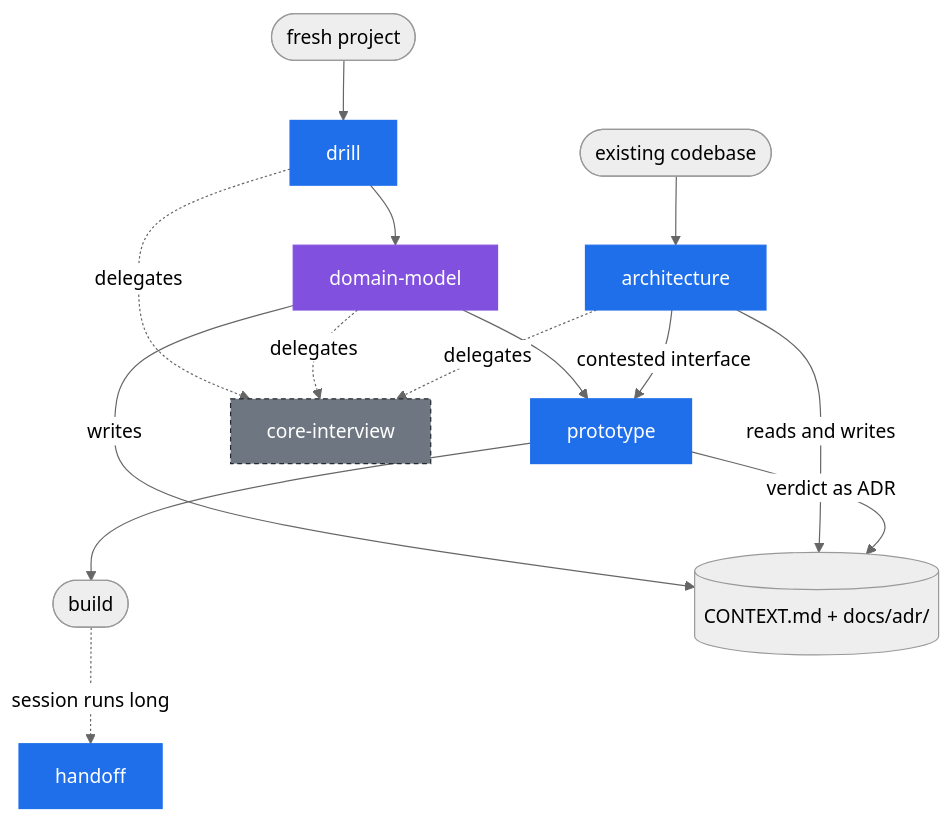
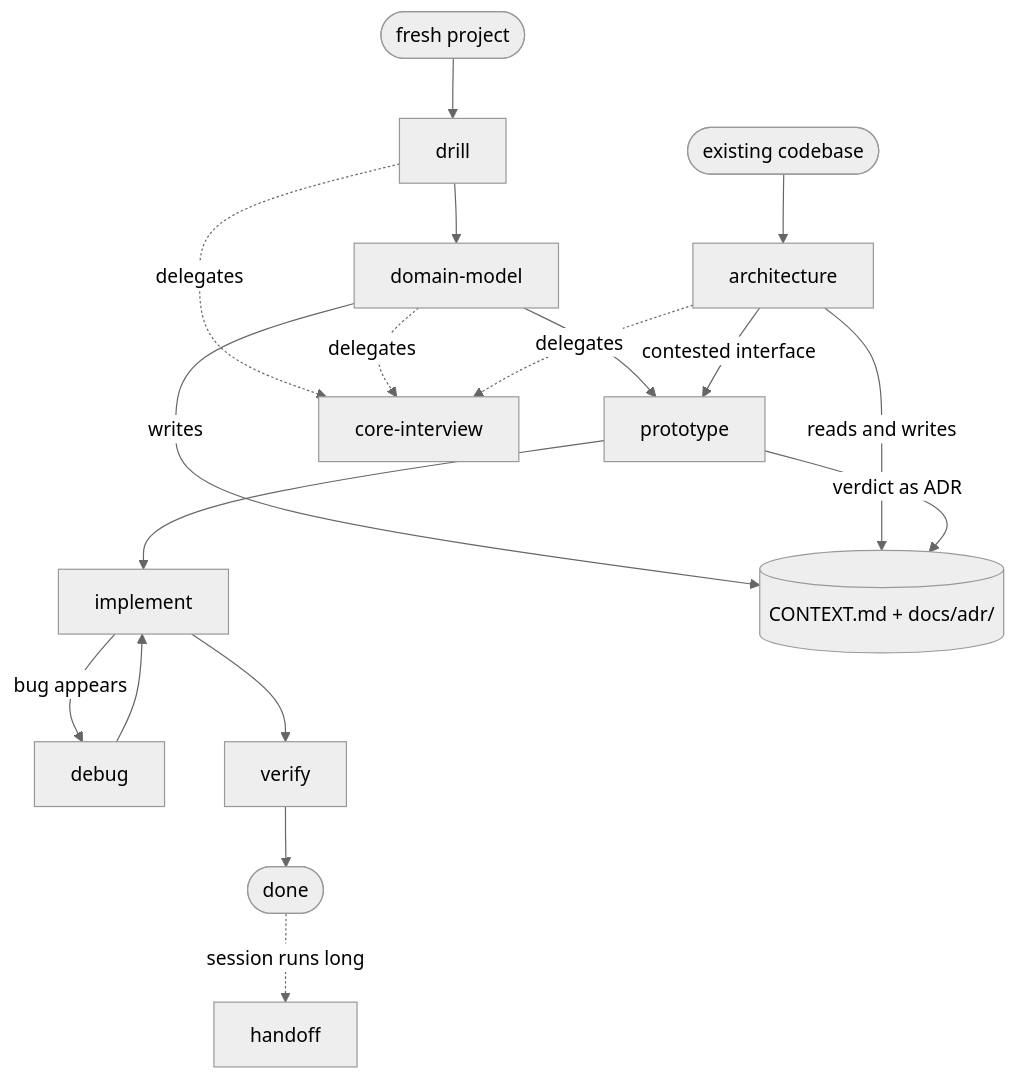
Before and after one commit to gitshrl/skills: the diagram in README.md, drawn with Mermaid (neutral theme). The commit also changed other lines of this file and 6 other files, not shown here.

````diff
--- a/README.md
+++ b/README.md
@@ -31,28 +34,25 @@
 ```mermaid
 flowchart TD
     fresh([fresh project]) --> drill
     existing([existing codebase]) --> architecture
 
     drill --> dm[domain-model]
     dm --> proto[prototype]
-    proto --> build([build])
+    proto --> impl[implement]
     architecture -- contested interface --> proto
+
+    impl -- bug appears --> debug
+    debug --> impl
+    impl --> verify
+    verify --> done([done])
 
     drill -. delegates .-> ci[core-interview]
     dm -. delegates .-> ci
     architecture -. delegates .-> ci
 
     dm -- writes --> docs[("CONTEXT.md + docs/adr/")]
     architecture -- reads and writes --> docs
     proto -- verdict as ADR --> docs
 
-    build -. session runs long .-> handoff[handoff]
-
-    classDef model fill:#1f6feb,stroke:#1f6feb,color:#ffffff
-    classDef useronly fill:#8250df,stroke:#8250df,color:#ffffff
-    classDef internal fill:#6e7781,stroke:#24292f,color:#ffffff,stroke-dasharray: 4 3
-
-    class drill,proto,architecture,handoff model
-    class dm useronly
-    class ci internal
+    done -. session runs long .-> handoff[handoff]
 ```
````
